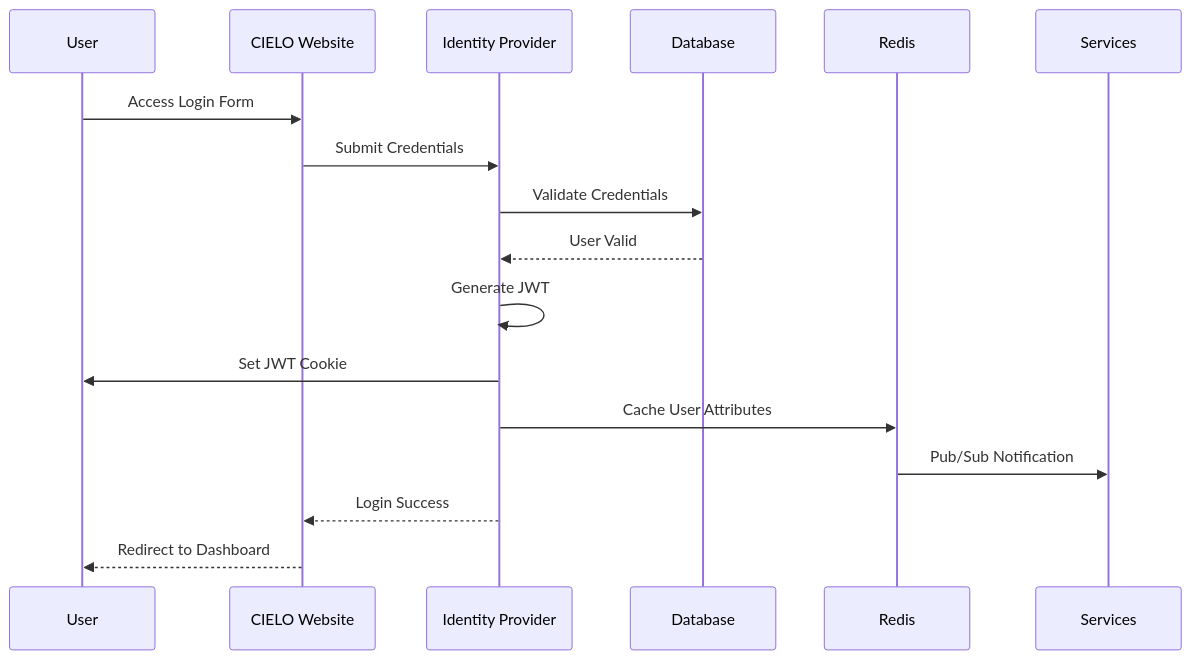
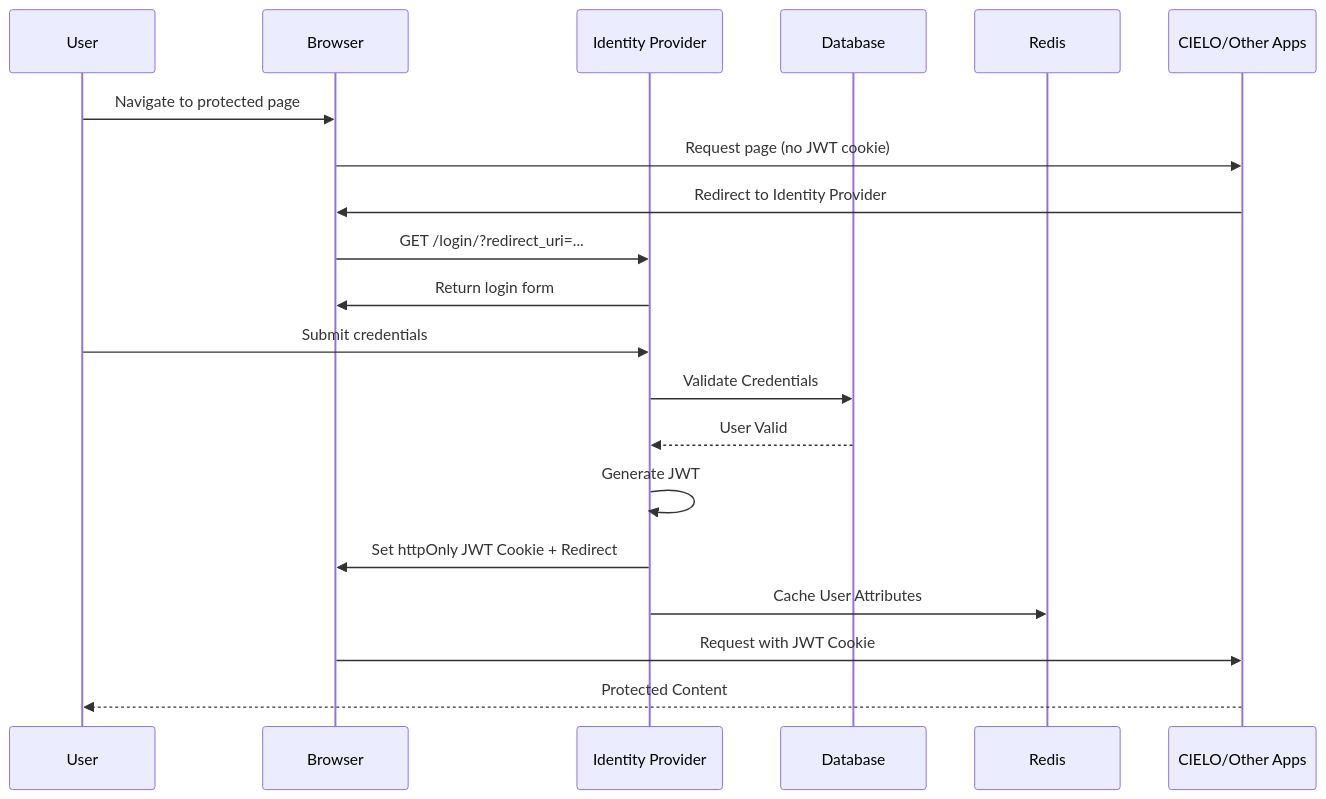
Before and after one commit to vilosource/vfservices: the second of 5 diagrams in dev-docs/RBAC-ABAC-ARCHITECTURE.md, drawn with Mermaid. The commit also changed other lines of this file, not shown here.

First line of the commit message:
docs: clarify identity-provider authentication architecture

````diff
--- a/dev-docs/RBAC-ABAC-ARCHITECTURE.md
+++ b/dev-docs/RBAC-ABAC-ARCHITECTURE.md
@@ -133,20 +142,23 @@
 ```mermaid
 sequenceDiagram
     participant U as User
-    participant CW as CIELO Website
+    participant B as Browser
     participant IP as Identity Provider
     participant DB as Database
     participant R as Redis
-    participant S as Services
+    participant CW as CIELO/Other Apps
     
-    U->>CW: Access Login Form
-    CW->>IP: Submit Credentials
+    U->>B: Navigate to protected page
+    B->>CW: Request page (no JWT cookie)
+    CW->>B: Redirect to Identity Provider
+    B->>IP: GET /login/?redirect_uri=...
+    IP->>B: Return login form
+    U->>IP: Submit credentials
     IP->>DB: Validate Credentials
     DB-->>IP: User Valid
     IP->>IP: Generate JWT
-    IP->>U: Set JWT Cookie
+    IP->>B: Set httpOnly JWT Cookie + Redirect
     IP->>R: Cache User Attributes
-    R->>S: Pub/Sub Notification
-    IP-->>CW: Login Success
-    CW-->>U: Redirect to Dashboard
+    B->>CW: Request with JWT Cookie
+    CW-->>U: Protected Content
 ```
````
